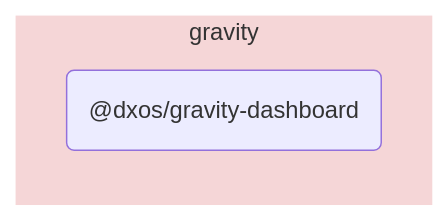
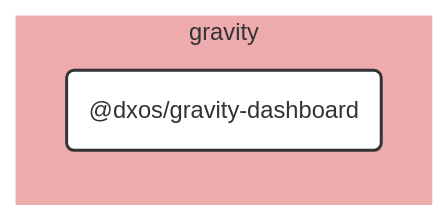
The diagram in packages/gravity/gravity-dashboard/docs/README.md (dxos/dxos), drawn with Mermaid before and after one commit. The commit also changed other lines of this file and 109 other files, not shown here.

````diff
--- a/packages/gravity/gravity-dashboard/docs/README.md
+++ b/packages/gravity/gravity-dashboard/docs/README.md
@@ -5,9 +7,25 @@
 ```mermaid
-flowchart LR;
+%%{ init: {'flowchart':{'curve':'basis'}} }%%
 
+flowchart LR
+
+%% Links
+
+%% Sections
 subgraph gravity
-  style gravity fill:#f5d6d7,stroke:#fff;
-  dxos/gravity-dashboard("@dxos/gravity-dashboard");
+  style gravity fill:#edabad,stroke:#fff;
+
+  dxos/gravity-dashboard("@dxos/gravity-dashboard")
 end
 
+
+%% Hyperlinks
+
+%% Styles
+classDef rootNode fill:#fff,stroke:#333,stroke-width:2px
+classDef defaultNode fill:#fff,stroke:#333,stroke-width:1px
+linkStyle default stroke:#333,stroke-width:1px
+
+dxos/gravity-dashboard:::rootNode
+
 ```
````
